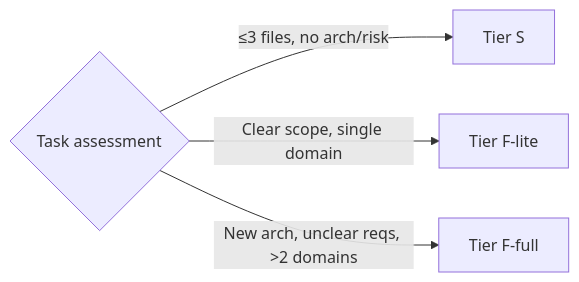
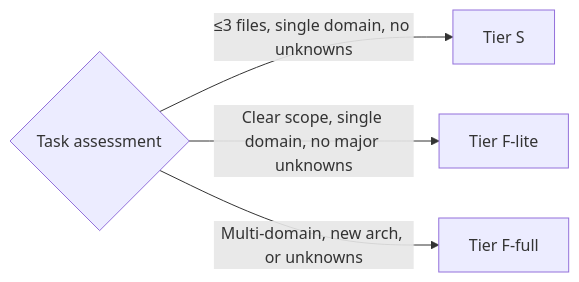
The first of 2 diagrams in docs/processes/dev-process.mdx (Roxabi/metalyde), drawn with Mermaid before and after one commit. The commit also changed other lines of this file and 25 other files, not shown here.

````diff
--- a/docs/processes/dev-process.mdx
+++ b/docs/processes/dev-process.mdx
@@ -10,6 +22,6 @@
 ```mermaid
 flowchart LR
-    Q{"Task assessment"} -->|"≤3 files, no arch/risk"| S["Tier S"]
-    Q -->|"Clear scope, single domain"| FL["Tier F-lite"]
-    Q -->|"New arch, unclear reqs, >2 domains"| FF["Tier F-full"]
+    Q{"Task assessment"} -->|"≤3 files, single domain, no unknowns"| S["Tier S"]
+    Q -->|"Clear scope, single domain, no major unknowns"| FL["Tier F-lite"]
+    Q -->|"Multi-domain, new arch, or unknowns"| FF["Tier F-full"]
 ```
````
